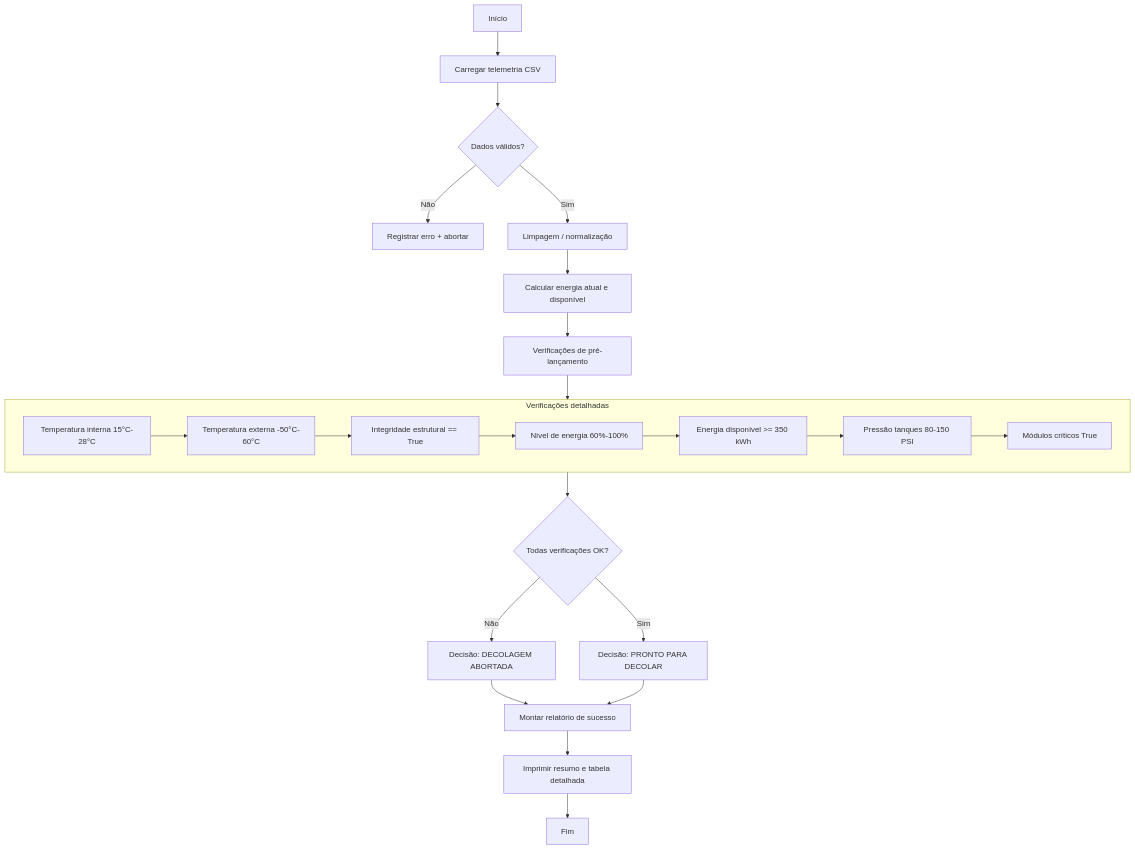
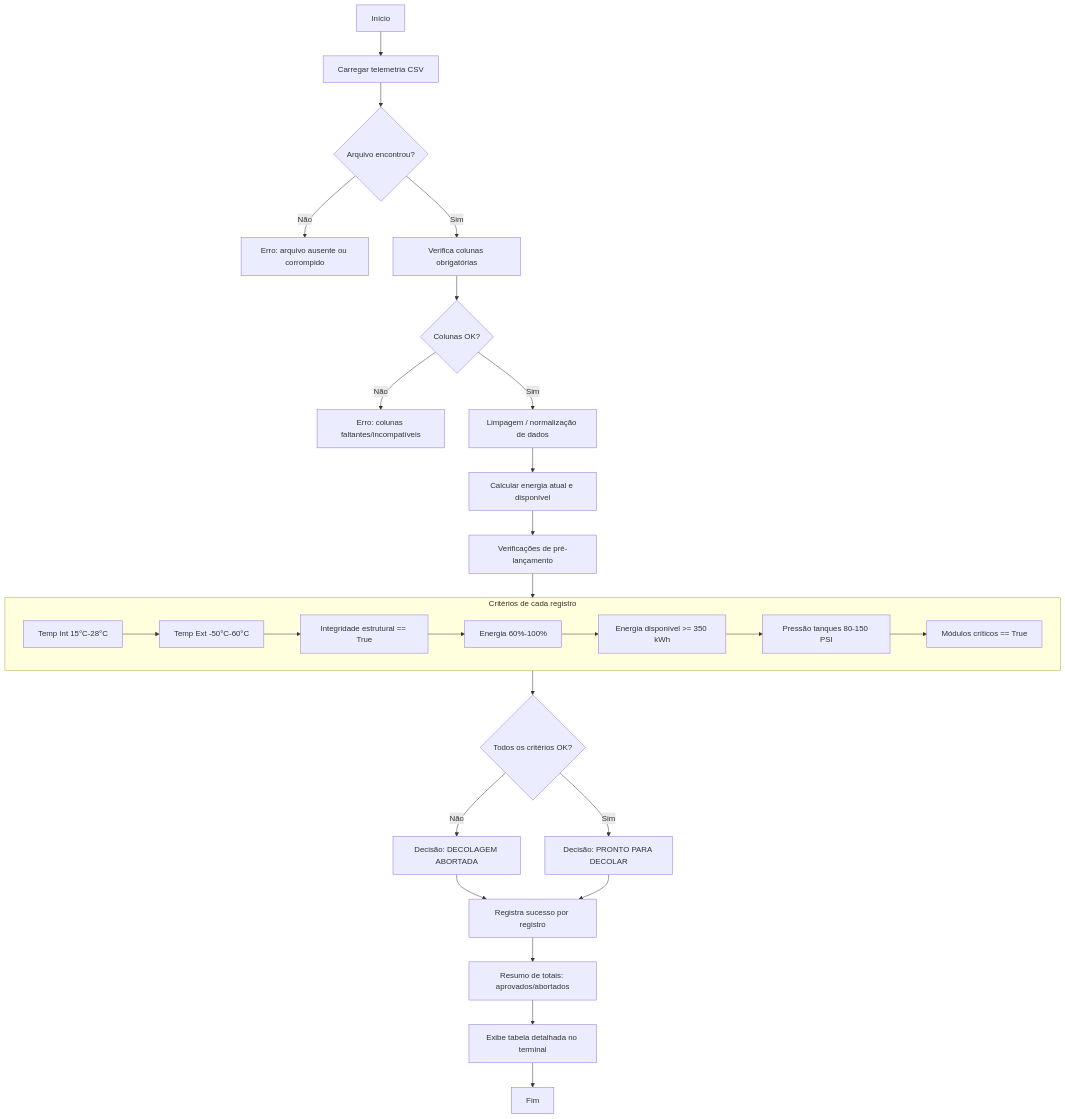
The diagram in README.md (allanvictorsantos/projeto_decolagem_da_missao), drawn with Mermaid before and after one commit. The commit also changed other lines of this file, not shown here.

Commit message:
feat: Atualização Readme.md

````diff
--- a/README.md
+++ b/README.md
@@ -41,27 +41,31 @@
 ```mermaid
 flowchart TD
   A[Início] --> B[Carregar telemetria CSV]
-  B --> C{Dados válidos?}
-  C -- Não --> C1[Registrar erro + abortar]
-  C -- Sim --> D[Limpagem / normalização]
-  D --> E[Calcular energia atual e disponível]
-  E --> F[Verificações de pré-lançamento]
+  B --> C{Arquivo encontrou?}
+  C -- Não --> C1[Erro: arquivo ausente ou corrompido]
+  C -- Sim --> D[Verifica colunas obrigatórias]
+  D --> E{Colunas OK?}
+  E -- Não --> E1[Erro: colunas faltantes/incompatíveis]
+  E -- Sim --> F[Limpagem / normalização de dados]
+  F --> G[Calcular energia atual e disponível]
+  G --> H[Verificações de pré-lançamento]
 
-  subgraph verif[Verificações detalhadas]
-    F1[Temperatura interna 15°C-28°C] --> F2[Temperatura externa -50°C-60°C]
-    F2 --> F3[Integridade estrutural == True]
-    F3 --> F4[Nível de energia 60%-100%]
-    F4 --> F5[Energia disponível >= 350 kWh]
-    F5 --> F6[Pressão tanques 80-150 PSI]
-    F6 --> F7[Módulos críticos True]
+  subgraph verif[Critérios de cada registro]
+    H1[Temp Int 15°C-28°C] --> H2[Temp Ext -50°C-60°C]
+    H2 --> H3[Integridade estrutural == True]
+    H3 --> H4[Energia 60%-100%]
+    H4 --> H5[Energia disponível >= 350 kWh]
+    H5 --> H6[Pressão tanques 80-150 PSI]
+    H6 --> H7[Módulos críticos == True]
   end
 
-  F --> verif
-  verif --> G{Todas verificações OK?}
-  G -- Não --> H[Decisão: DECOLAGEM ABORTADA]
-  G -- Sim --> I[Decisão: PRONTO PARA DECOLAR]
-  H --> J[Montar relatório de falhas]
-  I --> J[Montar relatório de sucesso]
-  J --> K[Imprimir resumo e tabela detalhada]
-  K --> L[Fim]
+  H --> verif
+  verif --> I{Todos os critérios OK?}
+  I -- Não --> J[Decisão: DECOLAGEM ABORTADA]
+  I -- Sim --> K[Decisão: PRONTO PARA DECOLAR]
+  J --> L[Registra falhas por registro]
+  K --> L[Registra sucesso por registro]
+  L --> M[Resumo de totais: aprovados/abortados]
+  M --> N[Exibe tabela detalhada no terminal]
+  N --> O[Fim]
 ```
````
